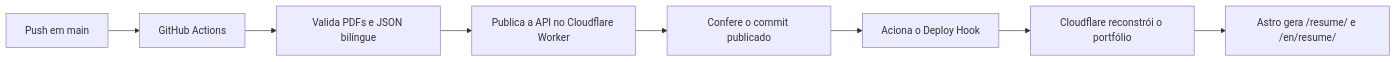
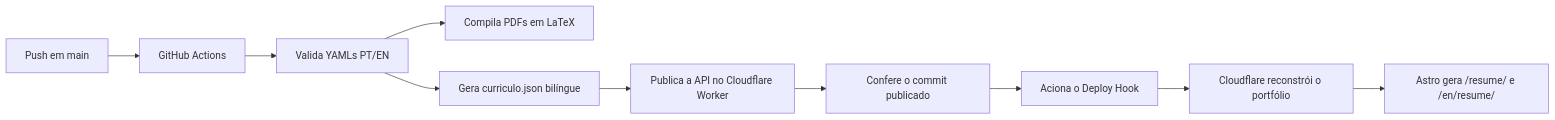
The diagram in README.md (mericxy/meu-curriculo), drawn with Mermaid before and after one commit. The commit also changed other lines of this file, not shown here.

````diff
--- a/README.md
+++ b/README.md
@@ -53,10 +9,12 @@
 ```mermaid
 flowchart LR
     PUSH["Push em main"] --> CI["GitHub Actions"]
-    CI --> VALIDATE["Valida PDFs e JSON bilíngue"]
-    VALIDATE --> API["Publica a API no Cloudflare Worker"]
+    CI --> VALIDATE["Valida YAMLs PT/EN"]
+    VALIDATE --> PDF["Compila PDFs em LaTeX"]
+    VALIDATE --> JSON["Gera curriculo.json bilíngue"]
+    JSON --> API["Publica a API no Cloudflare Worker"]
     API --> CHECK["Confere o commit publicado"]
     CHECK --> HOOK["Aciona o Deploy Hook"]
     HOOK --> ASTRO["Cloudflare reconstrói o portfólio"]
     ASTRO --> PAGES["Astro gera /resume/ e /en/resume/"]
 ```
````
